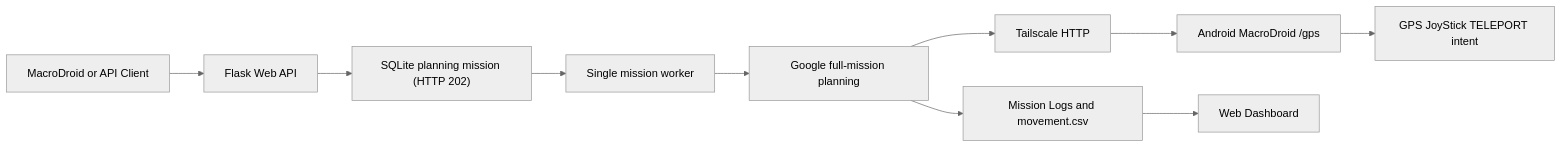
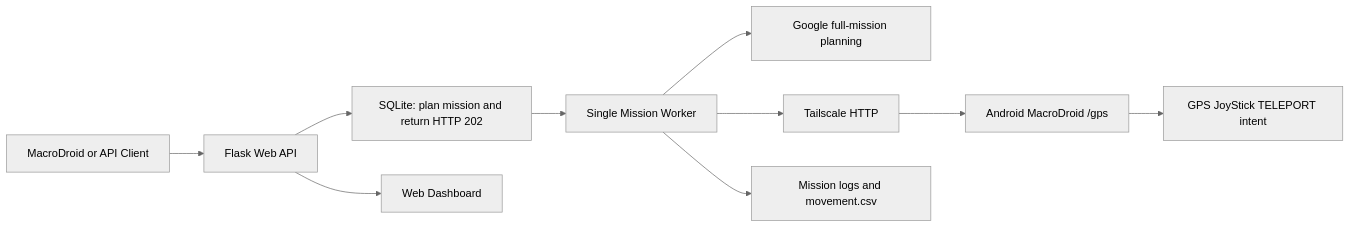
Before and after one commit to YangShengWen-0505/mock-gps-follow-live-nav: the diagram in README.md, drawn with Mermaid (neutral theme). The commit also changed other lines of this file, not shown here.

````diff
--- a/README.md
+++ b/README.md
@@ -51,12 +53,12 @@
-```mermaid
+~~~mermaid
 flowchart LR
-    A["MacroDroid or API Client"] --> B["Flask Web API"]
-    B --> C["SQLite planning mission (HTTP 202)"]
-    C --> D["Single mission worker"]
-    D --> E["Google full-mission planning"]
-    E --> F["Tailscale HTTP"]
-    F --> G["Android MacroDroid /gps"]
-    G --> H["GPS JoyStick TELEPORT intent"]
-    E --> I["Mission Logs and movement.csv"]
-    I --> J["Web Dashboard"]
-```
+    A[MacroDroid or API Client] --> B[Flask Web API]
+    B --> C[SQLite: plan mission and return HTTP 202]
+    C --> D[Single Mission Worker]
+    D --> E[Google full-mission planning]
+    D --> F[Tailscale HTTP]
+    F --> G[Android MacroDroid /gps]
+    G --> H[GPS JoyStick TELEPORT intent]
+    D --> I[Mission logs and movement.csv]
+    B --> J[Web Dashboard]
+~~~
````
